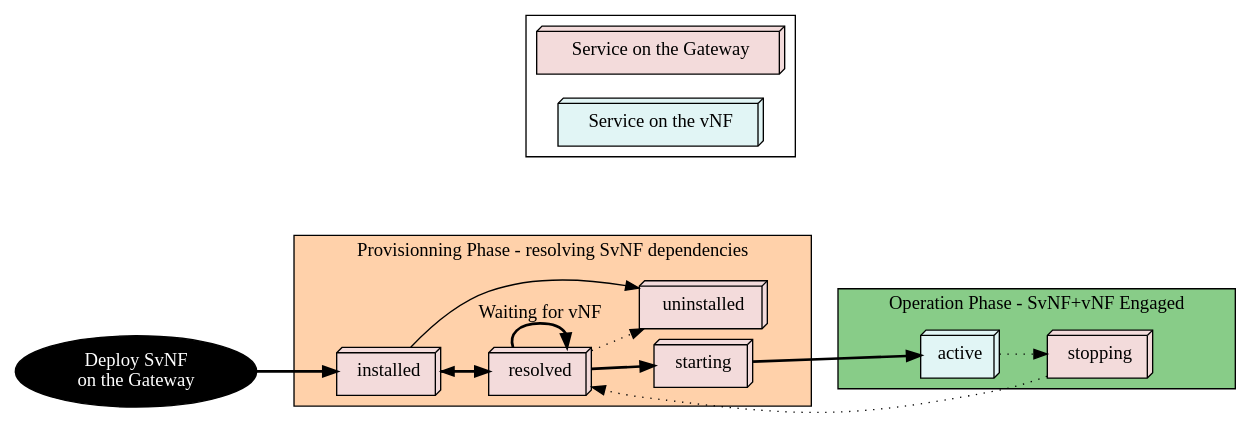
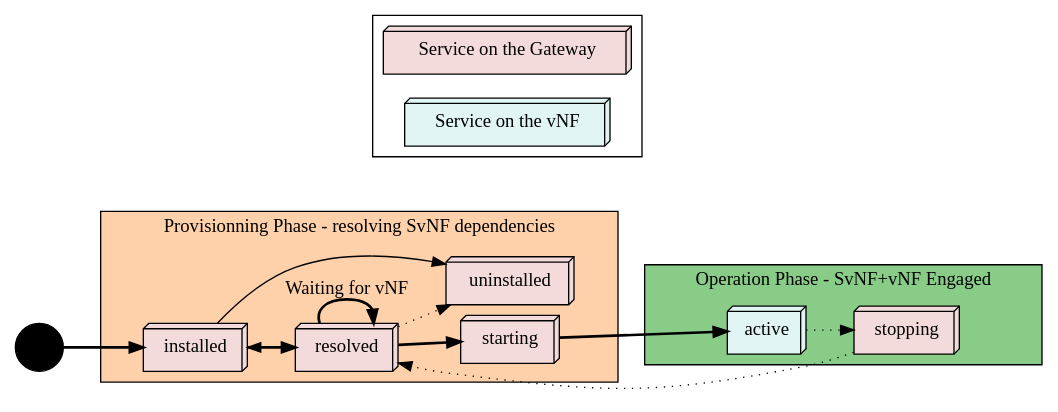
One commit to nherbaut/home-gateway-migration-paper changed the diagram in fig/osgi.dot. Above: the diagram before and after it, drawn with Graphviz. The commit also changed 4 other files, not shown here.

```diff
--- a/fig/osgi.dot
+++ b/fig/osgi.dot
@@ -1,55 +1,55 @@
 digraph graphname {
  
  
  rankdir=LR;
  #layout=neato;
 overlap=false;
 splines=true;
 pack=true;
 start="random";
 sep=0.1;
 
  
   
-  start [label = "Deploy SvNF \non the Gateway", shape="oval",  style="filled",fillcolor="black",fontcolor="white"];
+  start [ label="", shape="circle",  style="filled",fillcolor="black",fontcolor="white"];
   installed [shape = "box3d", fillcolor="#f3dbdb", style="filled"];
   uninstalled [shape = "box3d", fillcolor="#f3dbdb", style="filled"];
   starting [shape = "box3d", fillcolor="#f3dbdb", style="filled"];
   
   stopping [shape = "box3d", fillcolor="#f3dbdb", style="filled",weight=5];
   active [shape = "box3d", fillcolor="#e1f5f5", style="filled",weight=10];
   resolved [shape = "box3d",fillcolor="#f3dbdb", style="filled"];
   
   
   start -> installed [label = "",fontcolor="black",constraint=true,penwidth=2];
  
 	
 	 subgraph cluster1{
 		 style="filled";
 		 fillcolor="#FFD1AA";
 		installed -> uninstalled [arrowhead=normal,arrowtail=dot];
-		installed -> resolved [label = "resolve", labeldistance=2;fontsize=10, fontcolor="dimgray",constraint=true,penwidth=2]
+		installed -> resolved [label = "resolve", labeldistance=2;fontsize=10, fontcolor="black",constraint=true,penwidth=2]
 		resolved -> installed  [constraint=true,style=dotted];
 		resolved -> uninstalled [style=dotted];
-		resolved -> starting [label = "start",fontsize=10, fontcolor="dimgray",penwidth=2];
+		resolved -> starting [label = "start",fontsize=10, fontcolor="black",penwidth=2];
 		resolved -> resolved [label = "Waiting for vNF",penwidth=2];
 		label="Provisionning Phase - resolving SvNF dependencies";
 }
 
 subgraph cluster0{
 		style="filled";
 		fillcolor="#88CC88";
 		rank="sink";
 		starting -> active [ label = "vNF Available", fontcolor="black", fontsize=14, constraint=true,penwidth=2];
-		active -> stopping [label = "stop",fontsize=10, fontcolor="dimgray",constraint=true,style=dotted];
+		active -> stopping [label = "stop",fontsize=10, fontcolor="black",constraint=true,style=dotted];
 		stopping -> resolved [constraint=true,style=dotted];
 		
 		label="Operation Phase - SvNF+vNF Engaged";
 		
 	}
 	subgraph cluster2{
  legacy [label = "Service on the Gateway", shape = "box3d", style=filled,fillcolor="#f3dbdb" ];
   vNF [label = "Service on the vNF", shape = "box3d", fillcolor="#e1f5f5", style="filled", nodesep=0.05];
   }
 
  }
```
